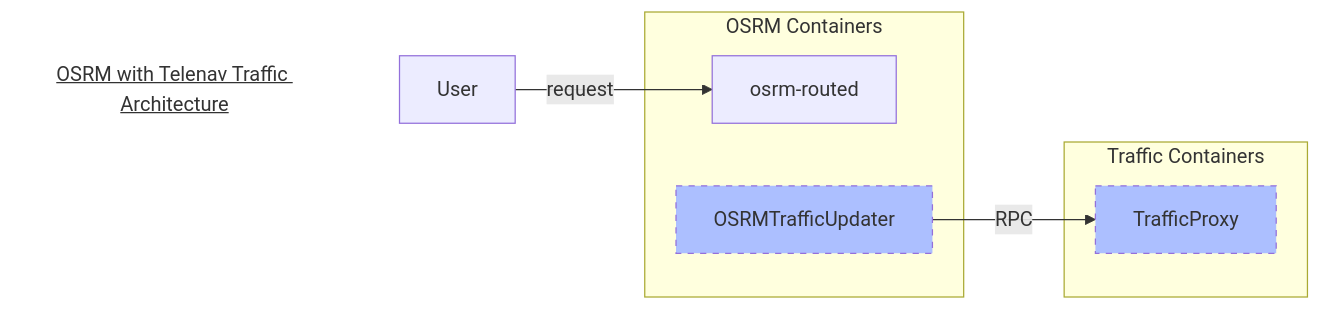
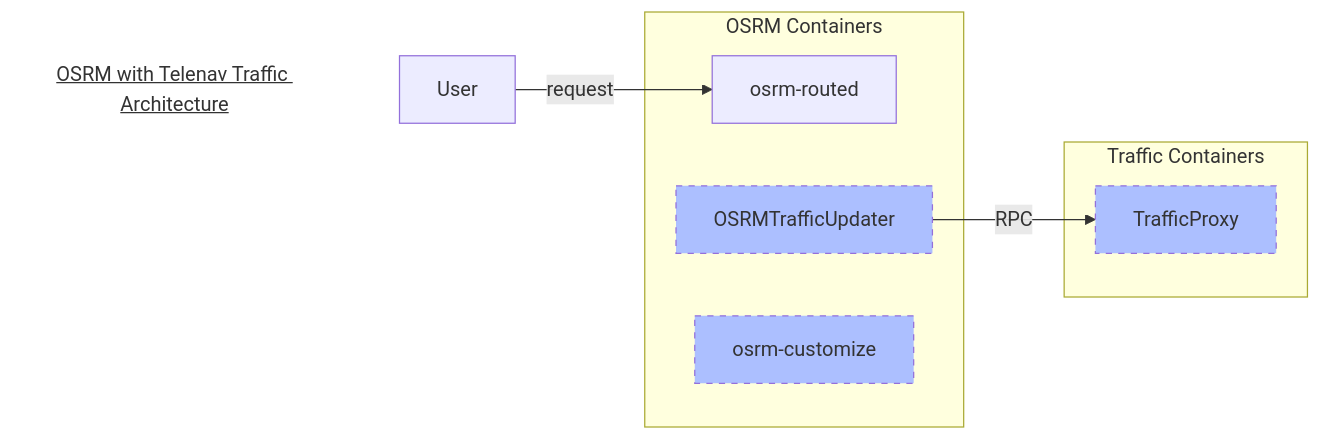
The diagram in docs/design/graph/osrm-with-telenav-traffic-architecture.mmd (Project-OSRM/osrm-backend), drawn with Mermaid before and after one commit. The commit also changed 6 other files, not shown here.

```diff
--- a/docs/design/graph/osrm-with-telenav-traffic-architecture.mmd
+++ b/docs/design/graph/osrm-with-telenav-traffic-architecture.mmd
@@ -1,24 +1,30 @@
 %% Call below command to convert .mmd to .png
 %%  Adjust -w or -H if necessary
 %% mmdc -p puppeteer-config.json -i osrm-with-telenav-traffic-architecture.mmd -o osrm-with-telenav-traffic-architecture.mmd.png
 
 graph LR
 
 Title[<u>OSRM with Telenav Traffic Architecture</u>]
 Title-->User
 style Title fill:#FFF,stroke:#FFF
 linkStyle 0 stroke:#FFF,stroke-width:0;
 
 User["User"] -- request --> OSRM_ROUTED["osrm-routed"]
 
 subgraph OSRM Containers
+OSRM_Traffic_Updater["OSRMTrafficUpdater"] 
+OSRM_Customize["osrm-customize"]
 OSRM_ROUTED
-OSRM_Traffic_Updater["OSRMTrafficUpdater"]
+
 style OSRM_Traffic_Updater fill:#acbfff,stroke-dasharray: 5, 5
+style OSRM_Customize fill:#acbfff,stroke-dasharray: 5, 5
+
 end
+
+
 
 OSRM_Traffic_Updater -- RPC --> TrafficProxy["TrafficProxy"]
 subgraph Traffic Containers
 TrafficProxy
 style TrafficProxy fill:#acbfff,stroke-dasharray: 5, 5
 end
```
